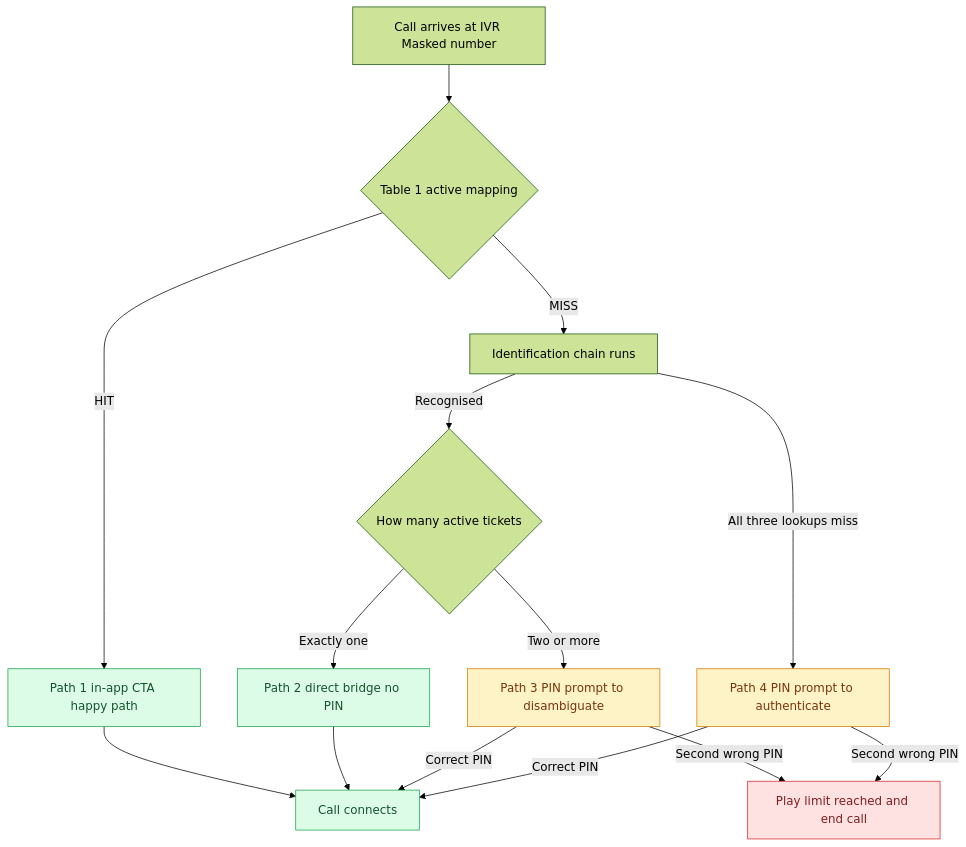
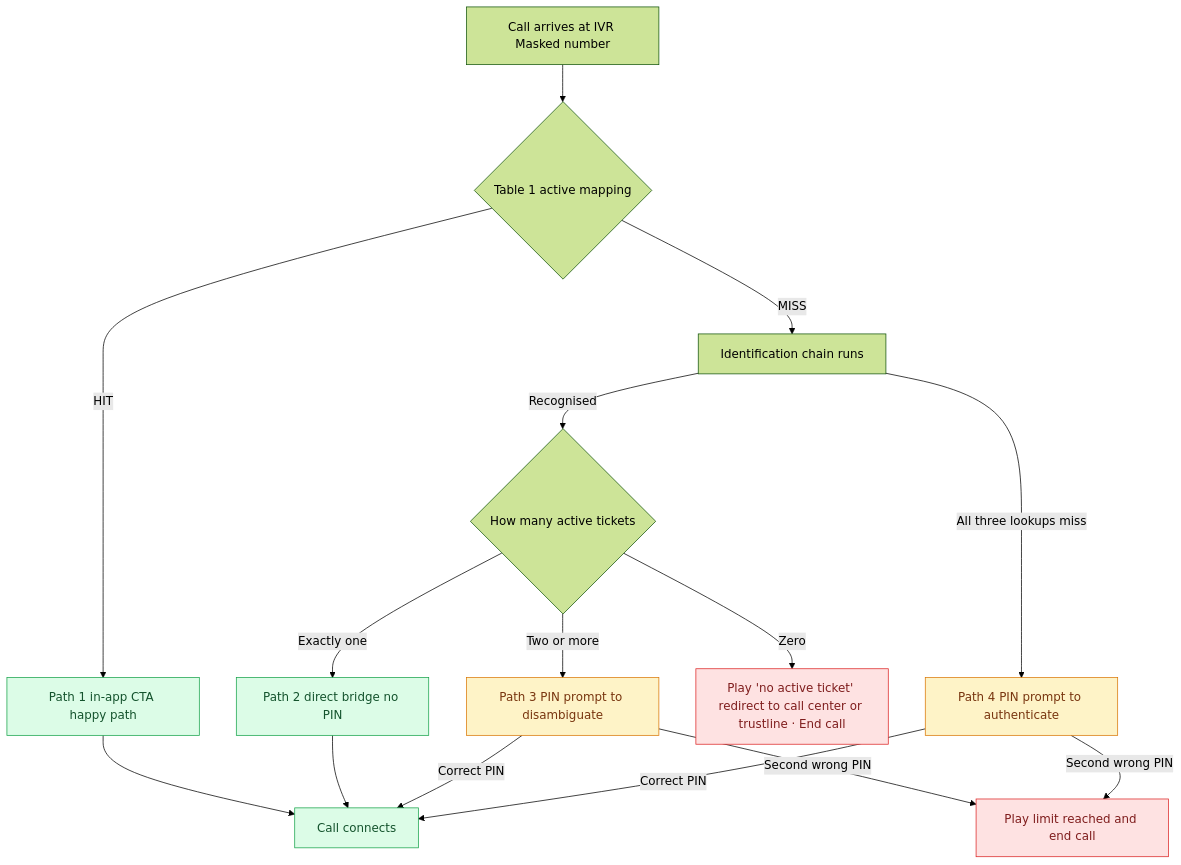
One commit to ashish-raj-wiom/IVR-Routing-Solutioning changed the diagram in diagrams/src/master.mmd. Above: the diagram before and after it, drawn with Mermaid (forest theme). The commit also changed 8 other files, not shown here.

```diff
--- a/diagrams/src/master.mmd
+++ b/diagrams/src/master.mmd
@@ -1,21 +1,22 @@
 flowchart TD
     Call[Call arrives at IVR Masked number] --> T1{Table 1 active mapping}
     T1 -->|HIT| P1[Path 1 in-app CTA happy path]
     T1 -->|MISS| Chain[Identification chain runs]
     Chain -->|Recognised| Tick{How many active tickets}
     Tick -->|Exactly one| P2[Path 2 direct bridge no PIN]
     Tick -->|Two or more| P3[Path 3 PIN prompt to disambiguate]
+    Tick -->|Zero| Dead[Play 'no active ticket' redirect to call center or trustline · End call]
     Chain -->|All three lookups miss| P4[Path 4 PIN prompt to authenticate]
     P1 --> Done[Call connects]
     P2 --> Done
     P3 -->|Correct PIN| Done
     P4 -->|Correct PIN| Done
     P3 -->|Second wrong PIN| EndCall[Play limit reached and end call]
     P4 -->|Second wrong PIN| EndCall
 
     classDef hit fill:#dcfce7,stroke:#16a34a,color:#14532d
     classDef bad fill:#fee2e2,stroke:#dc2626,color:#7f1d1d
     classDef neutral fill:#fef3c7,stroke:#d97706,color:#78350f
     class P1,P2,Done hit
-    class EndCall bad
+    class Dead,EndCall bad
     class P3,P4 neutral
```
